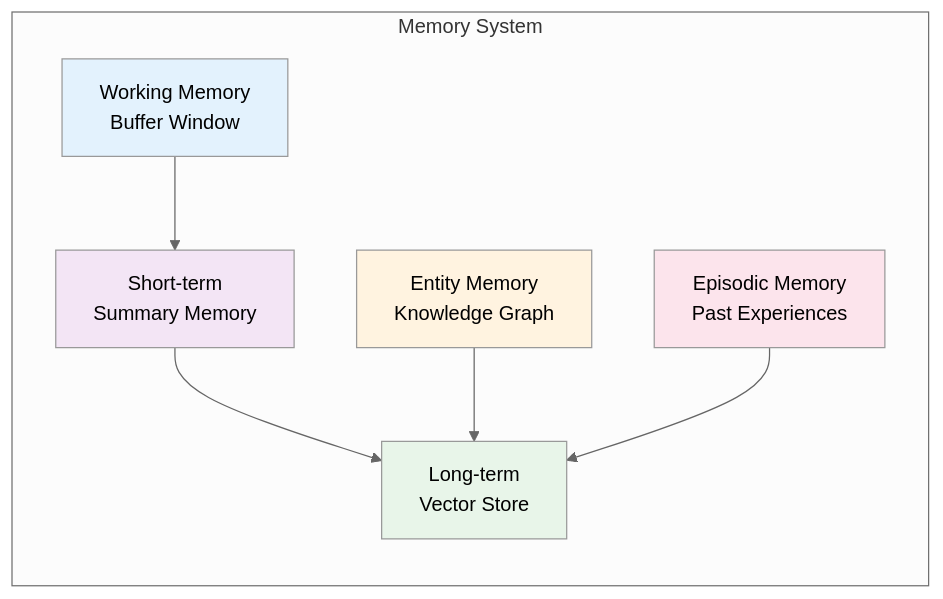
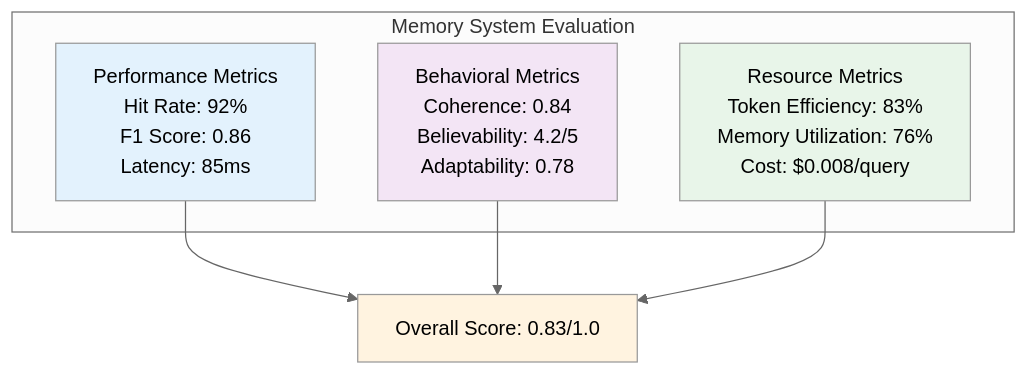
Before and after one commit to YiWang24/portfolio: the ninth of 16 diagrams in docs/docs/ai/agents/architecture.mdx, drawn with Mermaid (neutral theme). The commit also changed other lines of this file, not shown here.

First line of the commit message:
feat(docs): comprehensively expand Memory Systems section

````diff
--- a/docs/docs/ai/agents/architecture.mdx
+++ b/docs/docs/ai/agents/architecture.mdx
@@ -96,22 +2016,19 @@
 ```mermaid
 graph TB
-    subgraph Memory["Memory System"]
-        direction TB
-        W[Working Memory<br/>Buffer Window]
-        S[Short-term<br/>Summary Memory]
-        L[Long-term<br/>Vector Store]
-        E[Entity Memory<br/>Knowledge Graph]
-        Ep[Episodic Memory<br/>Past Experiences]
+    subgraph Evaluation["Memory System Evaluation"]
+        Perf[Performance Metrics<br/>Hit Rate: 92%<br/>F1 Score: 0.86<br/>Latency: 85ms]
+        Beh[Behavioral Metrics<br/>Coherence: 0.84<br/>Believability: 4.2/5<br/>Adaptability: 0.78]
+        Res[Resource Metrics<br/>Token Efficiency: 83%<br/>Memory Utilization: 76%<br/>Cost: $0.008/query]
     end
 
-    W --> S
-    S --> L
-    E --> L
-    Ep --> L
+    Overall[Overall Score: 0.83/1.0]
 
-    style W fill:#e3f2fd
-    style S fill:#f3e5f5
-    style L fill:#e8f5e9
-    style E fill:#fff3e0
-    style Ep fill:#fce4ec
+    Perf --> Overall
+    Beh --> Overall
+    Res --> Overall
+
+    style Perf fill:#e3f2fd
+    style Beh fill:#f3e5f5
+    style Res fill:#e8f5e9
+    style Overall fill:#fff3e0
 ```
````
